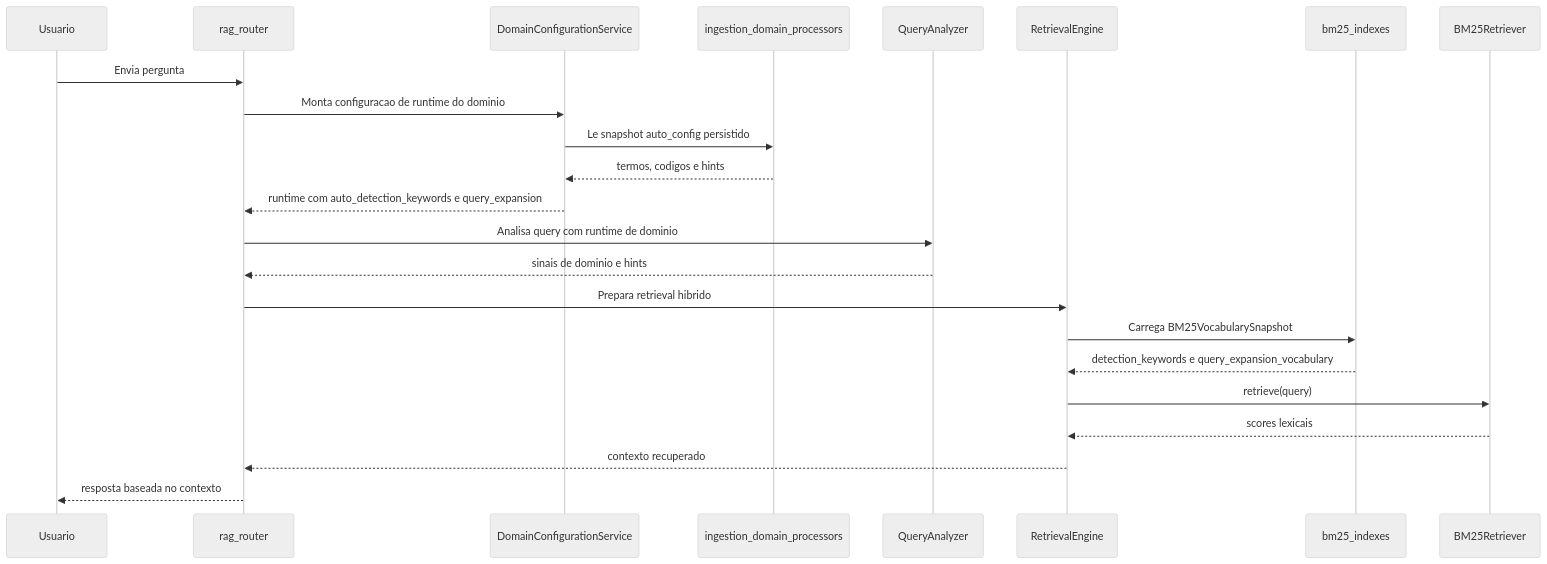
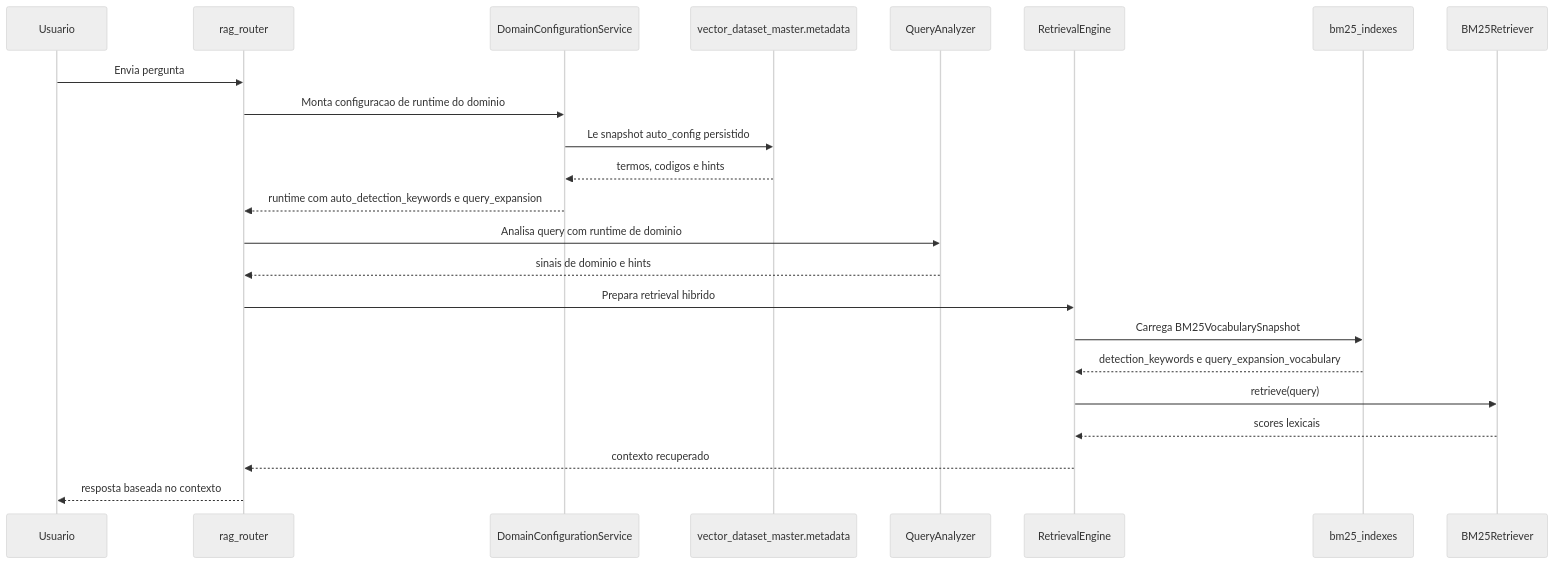
Before and after one commit to mrctito/plataforma_agentes_negocio_docs: the diagram in assets/diagrams/docs-tutorial-101-bm25-vs-auto-config-dnit-diagrama-02.mmd, drawn with Mermaid (neutral theme). The commit also changed 60 other files, not shown here.

```diff
--- a/assets/diagrams/docs-tutorial-101-bm25-vs-auto-config-dnit-diagrama-02.mmd
+++ b/assets/diagrams/docs-tutorial-101-bm25-vs-auto-config-dnit-diagrama-02.mmd
@@ -1,24 +1,24 @@
 sequenceDiagram
     participant U as Usuario
     participant API as rag_router
     participant DCS as DomainConfigurationService
-    participant ACFG as ingestion_domain_processors
+    participant ACFG as vector_dataset_master.metadata
     participant QA as QueryAnalyzer
     participant RET as RetrievalEngine
     participant BDB as bm25_indexes
     participant BMR as BM25Retriever
 
     U->>API: Envia pergunta
     API->>DCS: Monta configuracao de runtime do dominio
     DCS->>ACFG: Le snapshot auto_config persistido
     ACFG-->>DCS: termos, codigos e hints
     DCS-->>API: runtime com auto_detection_keywords e query_expansion
     API->>QA: Analisa query com runtime de dominio
     QA-->>API: sinais de dominio e hints
     API->>RET: Prepara retrieval hibrido
     RET->>BDB: Carrega BM25VocabularySnapshot
     BDB-->>RET: detection_keywords e query_expansion_vocabulary
     RET->>BMR: retrieve(query)
     BMR-->>RET: scores lexicais
     RET-->>API: contexto recuperado
     API-->>U: resposta baseada no contexto
```
